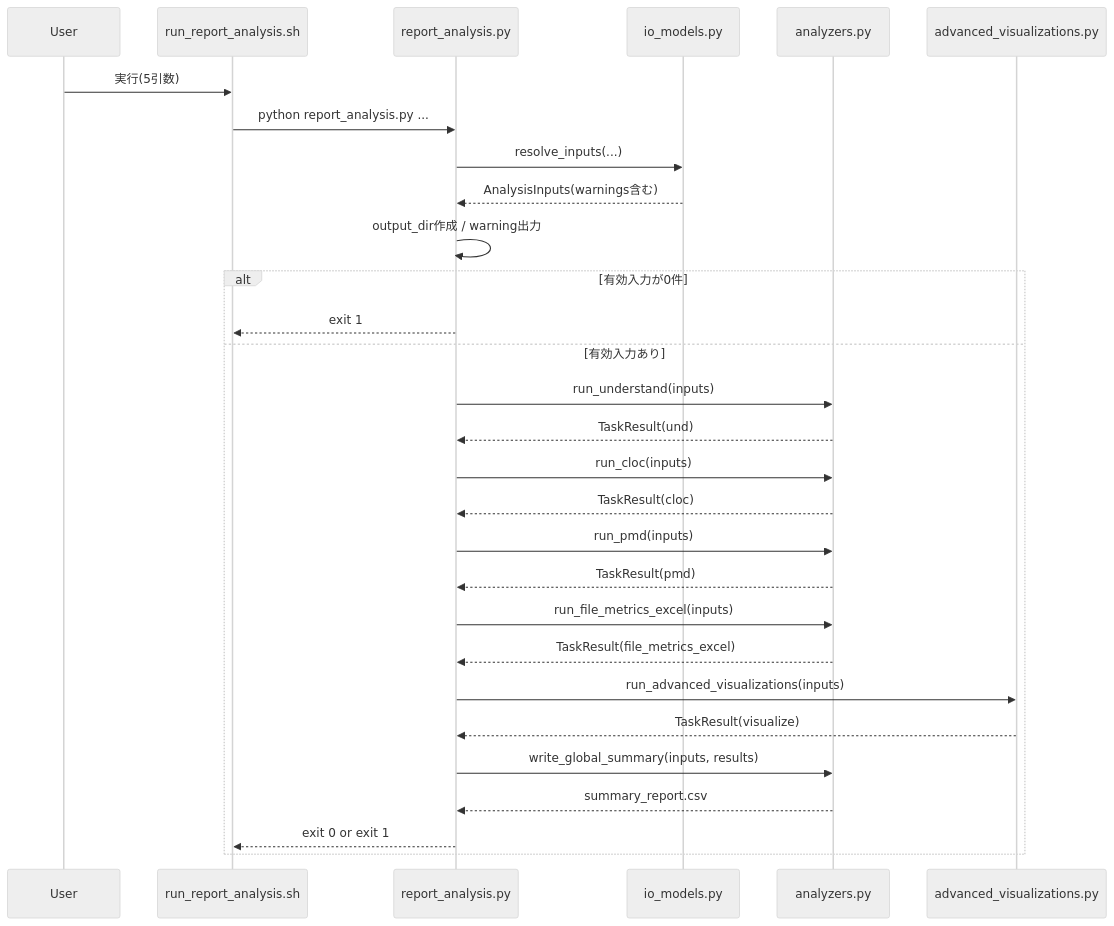
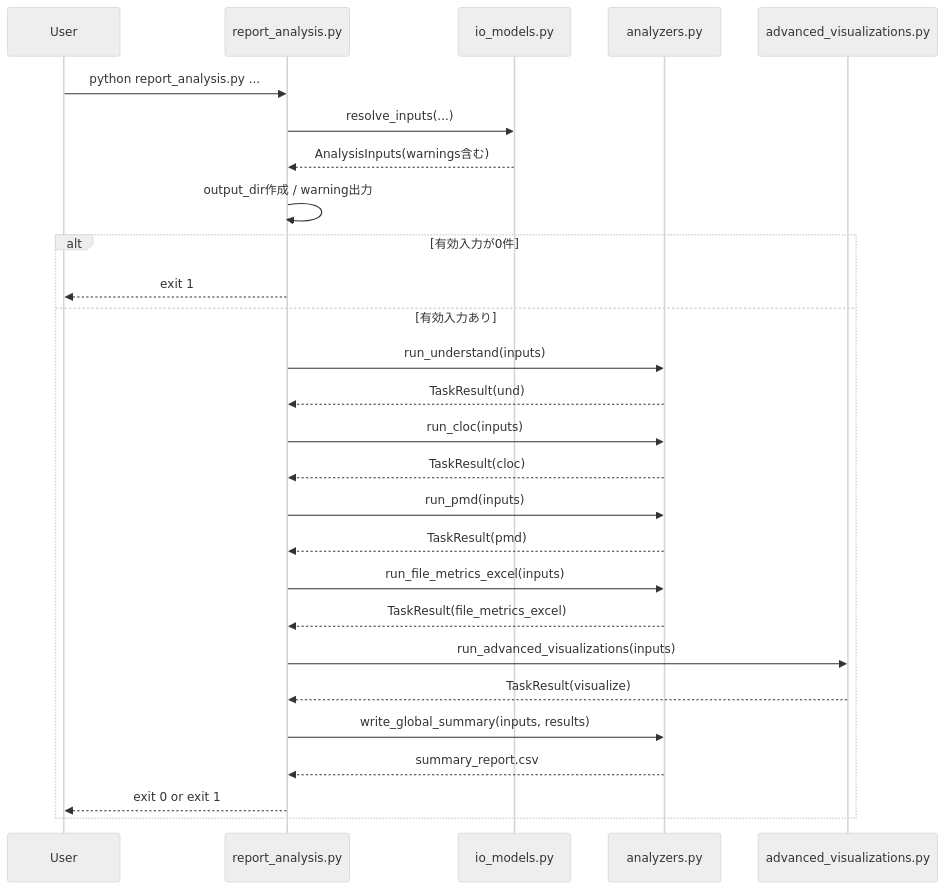
The third of 5 diagrams in docs/RUN_REPORT_ANALYSIS_DESIGN.md (yskforest/report_analysis), drawn with Mermaid (neutral theme) before and after one commit. The commit also changed other lines of this file and 10 other files, not shown here.

````diff
--- a/docs/RUN_REPORT_ANALYSIS_DESIGN.md
+++ b/docs/RUN_REPORT_ANALYSIS_DESIGN.md
@@ -178,33 +175,31 @@
 ```mermaid
 sequenceDiagram
     participant U as User
-    participant SH as run_report_analysis.sh
     participant RA as report_analysis.py
     participant IO as io_models.py
     participant AN as analyzers.py
     participant AV as advanced_visualizations.py
 
-    U->>SH: 実行(5引数)
-    SH->>RA: python report_analysis.py ...
+    U->>RA: python report_analysis.py ...
     RA->>IO: resolve_inputs(...)
     IO-->>RA: AnalysisInputs(warnings含む)
     RA->>RA: output_dir作成 / warning出力
 
     alt 有効入力が0件
-      RA-->>SH: exit 1
+      RA-->>U: exit 1
     else 有効入力あり
       RA->>AN: run_understand(inputs)
       AN-->>RA: TaskResult(und)
       RA->>AN: run_cloc(inputs)
       AN-->>RA: TaskResult(cloc)
       RA->>AN: run_pmd(inputs)
       AN-->>RA: TaskResult(pmd)
       RA->>AN: run_file_metrics_excel(inputs)
       AN-->>RA: TaskResult(file_metrics_excel)
       RA->>AV: run_advanced_visualizations(inputs)
       AV-->>RA: TaskResult(visualize)
       RA->>AN: write_global_summary(inputs, results)
       AN-->>RA: summary_report.csv
-      RA-->>SH: exit 0 or exit 1
+      RA-->>U: exit 0 or exit 1
     end
 ```
````
